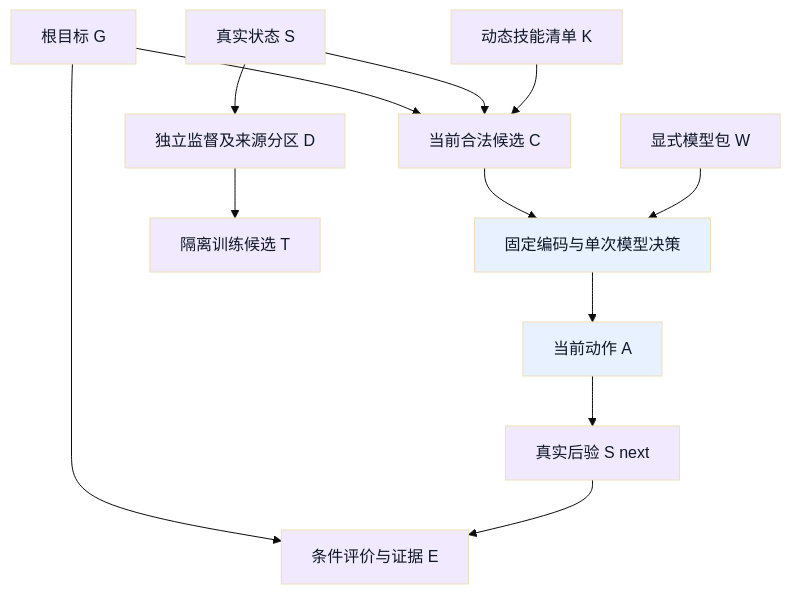
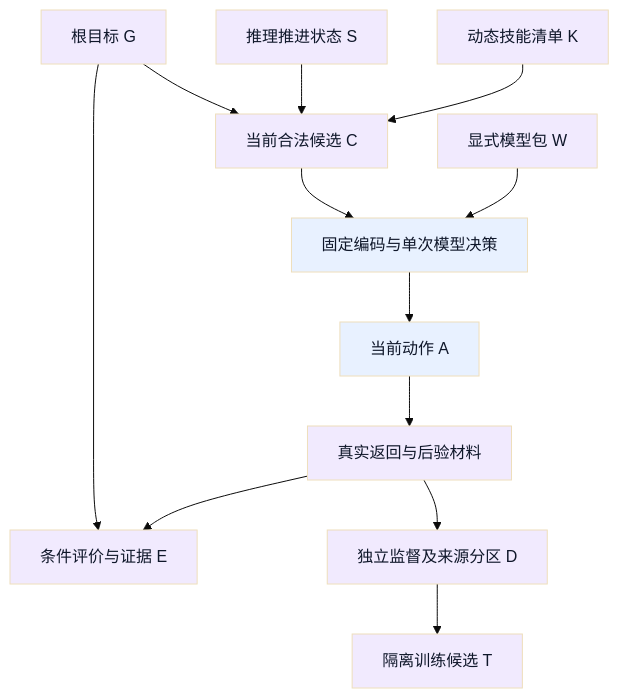
One commit to Jasonzhangf/NNAnything changed the first of 4 diagrams in docs/inference-training-ontology.md. Above: the diagram before and after it, drawn with Mermaid (base theme). The commit also changed other lines of this file and 6 other files, not shown here.

````diff
--- a/docs/inference-training-ontology.md
+++ b/docs/inference-training-ontology.md
@@ -23,18 +25,18 @@
 ```mermaid
 flowchart TD
  G[根目标 G] --> C[当前合法候选 C]
- S[真实状态 S] --> C
+ S[推理推进状态 S] --> C
  K[动态技能清单 K] --> C
  C --> I[固定编码与单次模型决策]
  W[显式模型包 W] --> I
  I --> A[当前动作 A]
- A --> N[真实后验 S next]
+ A --> N[真实返回与后验材料]
  G --> E[条件评价与证据 E]
  N --> E
- S --> D[独立监督及来源分区 D]
+ N --> D[独立监督及来源分区 D]
  D --> T[隔离训练候选 T]
  classDef data fill:#F1EAFE,color:#0F172A;
  classDef action fill:#E8F1FF,color:#0F172A;
  class G,S,K,C,W,N,E,D,T data;
  class I,A action;
 ```
````
